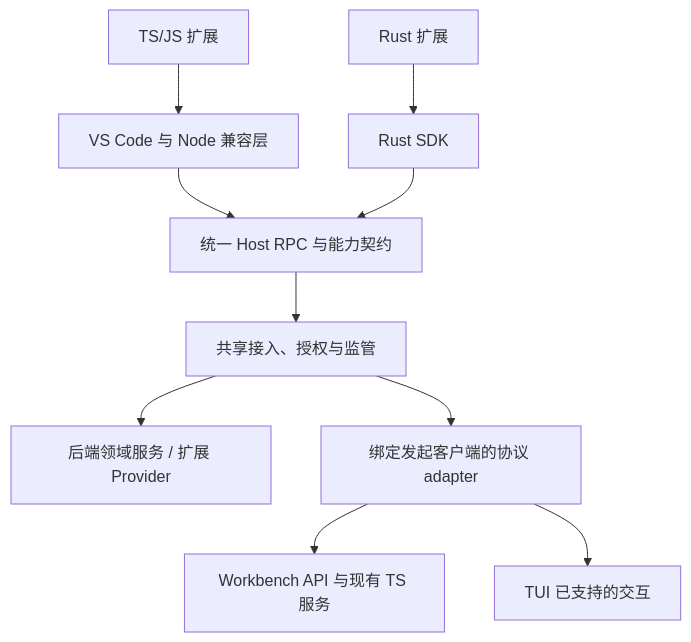
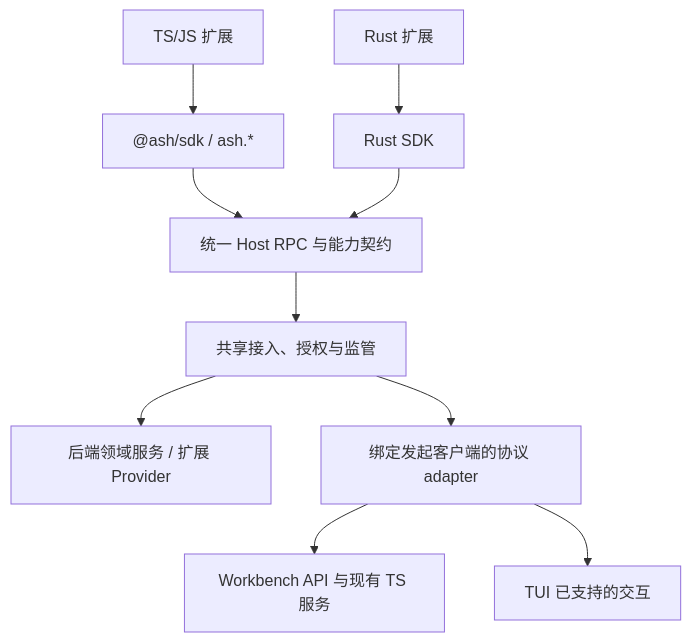
The second of 5 diagrams in docs/editor-extensions.md (chogng/ash), drawn with Mermaid before and after one commit. The commit also changed other lines of this file and 188 other files, not shown here.

First line of the commit message:
feat(extensions): establish Ash SDK and reliable SCM execution

````diff
--- a/docs/editor-extensions.md
+++ b/docs/editor-extensions.md
@@ -328,12 +330,12 @@
 ```mermaid
 flowchart TD
-    Ts[TS/JS 扩展] --> JsApi[VS Code 与 Node 兼容层]
+    Ts[TS/JS 扩展] --> JsApi["@ash/sdk / ash.*"]
     Rs[Rust 扩展] --> RsApi[Rust SDK]
     JsApi --> Contract[统一 Host RPC 与能力契约]
     RsApi --> Contract
     Contract --> Host[共享接入、授权与监管]
     Host --> Backend[后端领域服务 / 扩展 Provider]
     Host --> Client[绑定发起客户端的协议 adapter]
     Client --> Workbench[Workbench API 与现有 TS 服务]
     Client --> Tui[TUI 已支持的交互]
 ```
````
